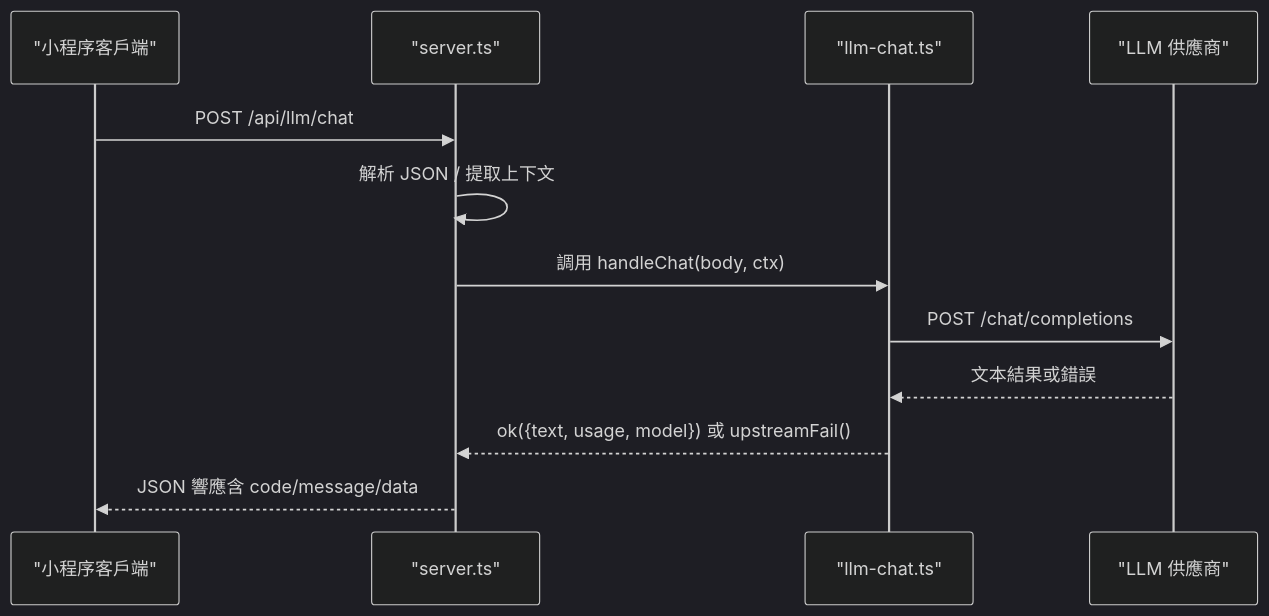
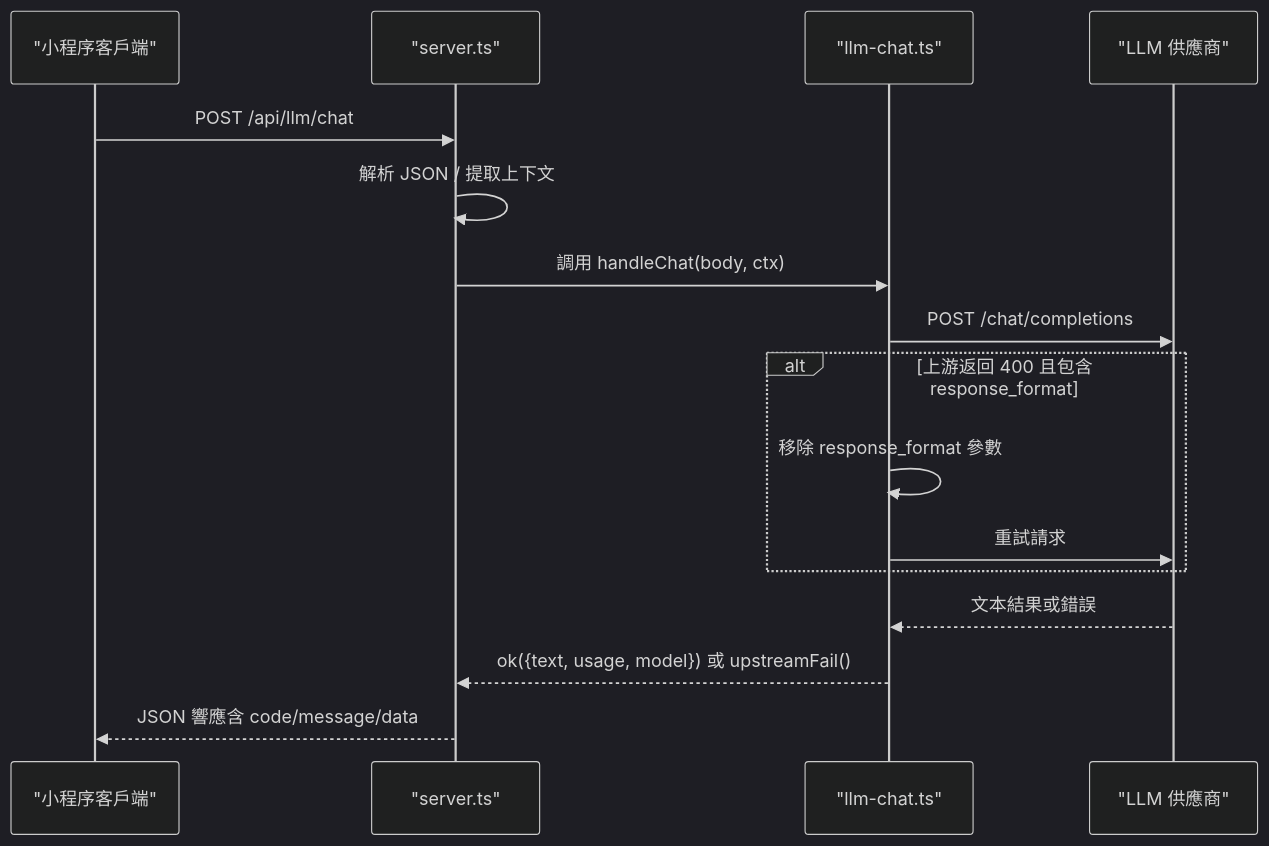
Before and after one commit to Ichi-Hackton/WAIC-WeChat-MiniProgram: the second of 8 diagrams in .qoder/repowiki/zh/content/云端服务/云端服务.md, drawn with Mermaid (dark theme). The commit also changed other lines of this file and 33 other files, not shown here.

````diff
--- a/.qoder/repowiki/zh/content/云端服务/云端服务.md
+++ b/.qoder/repowiki/zh/content/云端服务/云端服务.md
@@ -94,14 +105,18 @@
 ```mermaid
 sequenceDiagram
 participant Client as "小程序客戶端"
 participant Server as "server.ts"
 participant LLM as "llm-chat.ts"
 participant Upstream as "LLM 供應商"
 Client->>Server : POST /api/llm/chat
 Server->>Server : 解析 JSON / 提取上下文
 Server->>LLM : 調用 handleChat(body, ctx)
 LLM->>Upstream : POST /chat/completions
+alt 上游返回 400 且包含 response_format
+LLM->>LLM : 移除 response_format 參數
+LLM->>Upstream : 重試請求
+end
 Upstream-->>LLM : 文本結果或錯誤
 LLM-->>Server : ok({text, usage, model}) 或 upstreamFail()
 Server-->>Client : JSON 響應含 code/message/data
 ```
````
